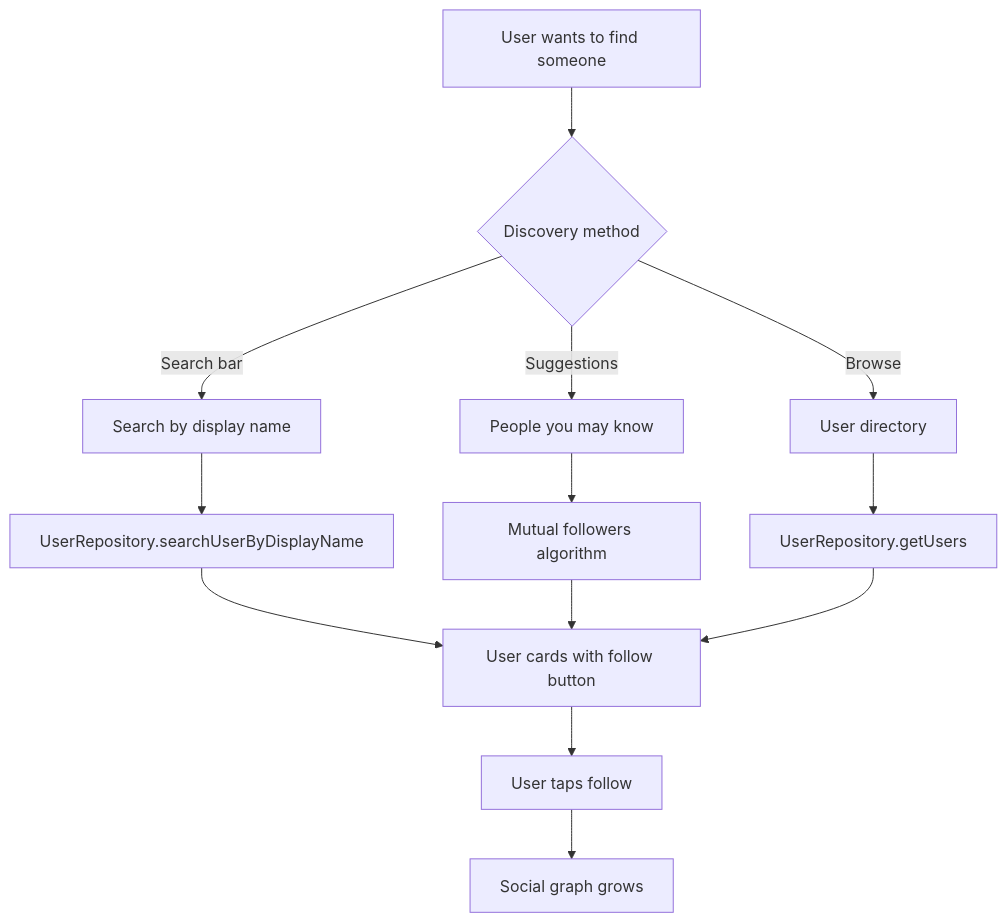
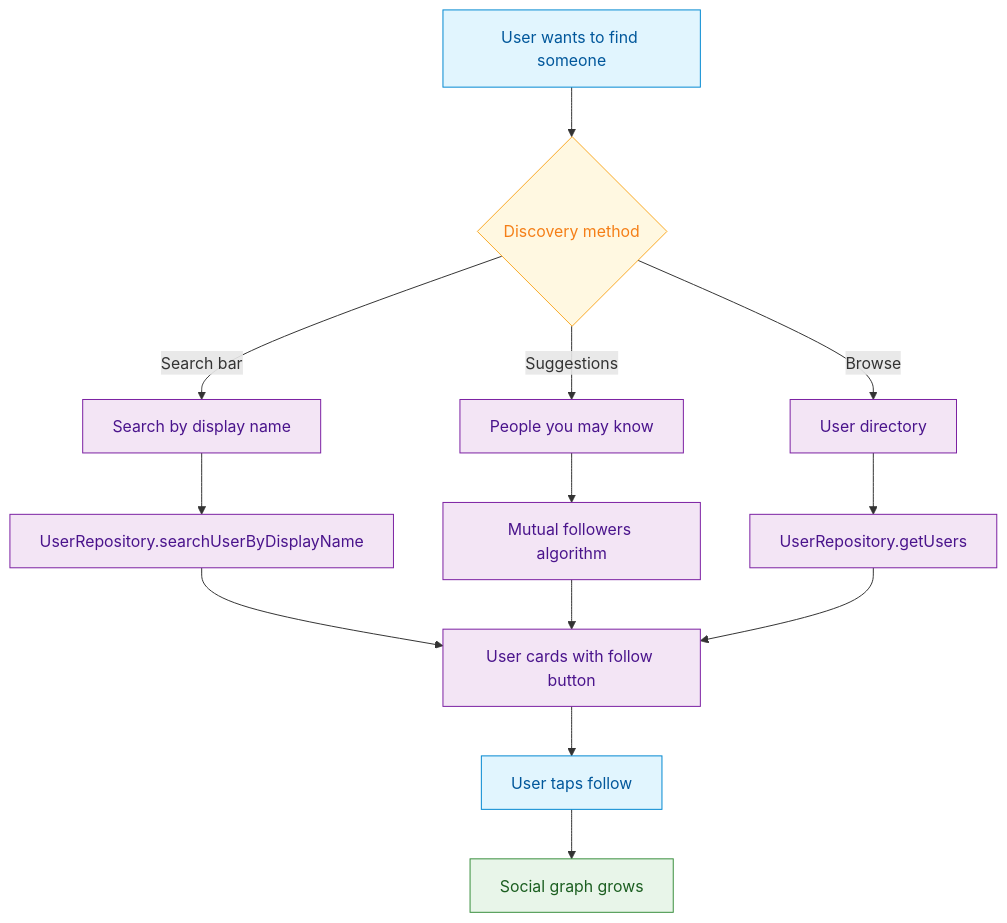
Before and after one commit to AmityCo/social-plus-docs: the diagram in use-cases/social/user-search-and-people-discovery.mdx, drawn with Mermaid. The commit also changed other lines of this file and 26 other files, not shown here.

````diff
--- a/use-cases/social/user-search-and-people-discovery.mdx
+++ b/use-cases/social/user-search-and-people-discovery.mdx
@@ -26,13 +24,23 @@
 ```mermaid
 graph TD
     A[User wants to find someone] --> B{Discovery method}
     B -->|Search bar| C[Search by display name]
     B -->|Suggestions| D[People you may know]
     B -->|Browse| E[User directory]
     C --> F[UserRepository.searchUserByDisplayName]
     D --> G[Mutual followers algorithm]
     E --> H[UserRepository.getUsers]
     F & G & H --> I[User cards with follow button]
     I --> J[User taps follow]
     J --> K[Social graph grows]
+
+    classDef action fill:#e1f5fe,stroke:#0288d1,color:#01579b
+    classDef decision fill:#fff8e1,stroke:#f9a825,color:#f57f17
+    classDef process fill:#f3e5f5,stroke:#7b1fa2,color:#4a148c
+    classDef outcome fill:#e8f5e9,stroke:#388e3c,color:#1b5e20
+
+    class A,J action
+    class B decision
+    class C,D,E,F,G,H,I process
+    class K outcome
 ```
````
